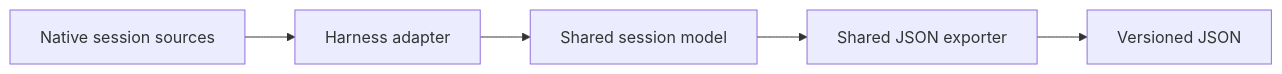
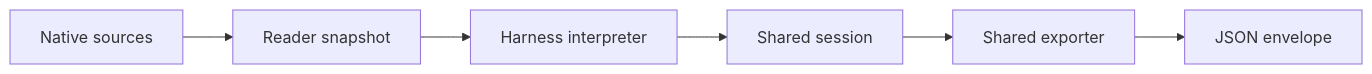
One commit to woven-reviews/session-log-extractors changed the diagram in docs/architecture.md. Above: the diagram before and after it, drawn with Mermaid. The commit also changed other lines of this file and 13 other files, not shown here.

````diff
--- a/docs/architecture.md
+++ b/docs/architecture.md
@@ -10,7 +6,8 @@
 ```mermaid
 flowchart LR
-    A[Native session sources] --> B[Harness adapter]
-    B --> C[Shared session model]
-    C --> D[Shared JSON exporter]
-    D --> E[Versioned JSON]
+    A[Native sources] --> B[Reader snapshot]
+    B --> C[Harness interpreter]
+    C --> D[Shared session]
+    D --> E[Shared exporter]
+    E --> F[JSON envelope]
 ```
````
